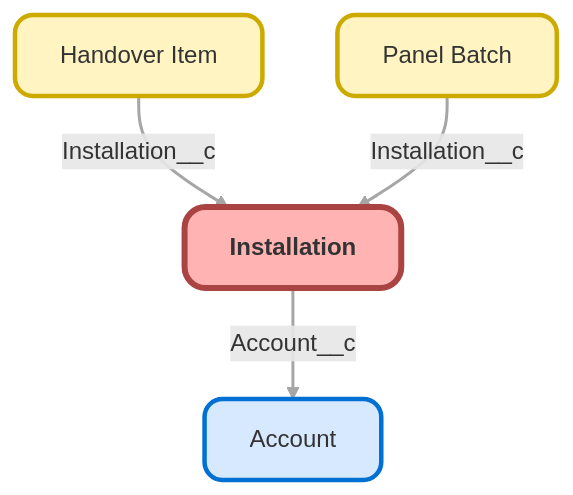
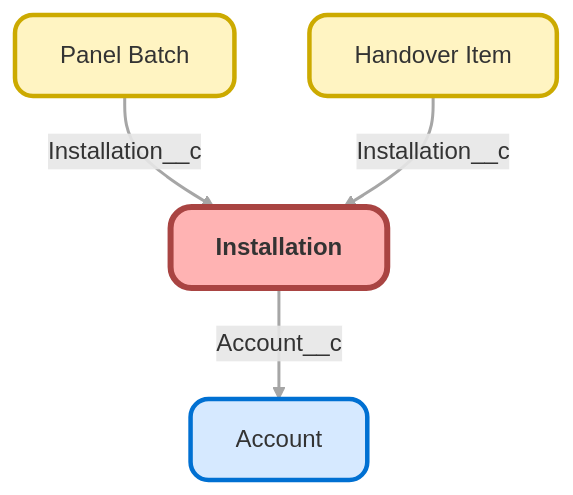
Before and after one commit to SalikLP/sfdx-hardis-training-monitoring: the diagram in docs/objects/Installation__c.md, drawn with Mermaid. The commit also changed other lines of this file and 2 other files, not shown here.

````diff
--- a/docs/objects/Installation__c.md
+++ b/docs/objects/Installation__c.md
@@ -8,22 +8,22 @@
 ```mermaid
 graph TD
 Panel_Batch__c["Panel Batch"]:::customObject
 click Panel_Batch__c "../Panel_Batch__c/"
 Installation__c["Installation"]:::mainObject
 click Installation__c "../Installation__c/"
 Handover_Item__c["Handover Item"]:::customObject
 click Handover_Item__c "../Handover_Item__c/"
 Account["Account"]:::object
 click Account "../Account/"
 
+Panel_Batch__c -->|Installation__c| Installation__c
+Handover_Item__c -->|Installation__c| Installation__c
 Installation__c -->|Account__c| Account
-Handover_Item__c -->|Installation__c| Installation__c
-Panel_Batch__c -->|Installation__c| Installation__c
 
 classDef object fill:#D6E9FF,stroke:#0070D2,stroke-width:3px,rx:12px,ry:12px,shadow:drop,color:#333;
 classDef customObject fill:#FFF4C2,stroke:#CCAA00,stroke-width:3px,rx:12px,ry:12px,shadow:drop,color:#333;
 classDef customObjectManaged fill:#FFD8B2,stroke:#CC5500,stroke-width:3px,rx:12px,ry:12px,shadow:drop,color:#333;
 classDef mainObject fill:#FFB3B3,stroke:#A94442,stroke-width:4px,rx:14px,ry:14px,shadow:drop,color:#333,font-weight:bold;
 linkStyle 0,1,2 stroke:#A6A6A6,stroke-width:2px;
 
 ```
````
